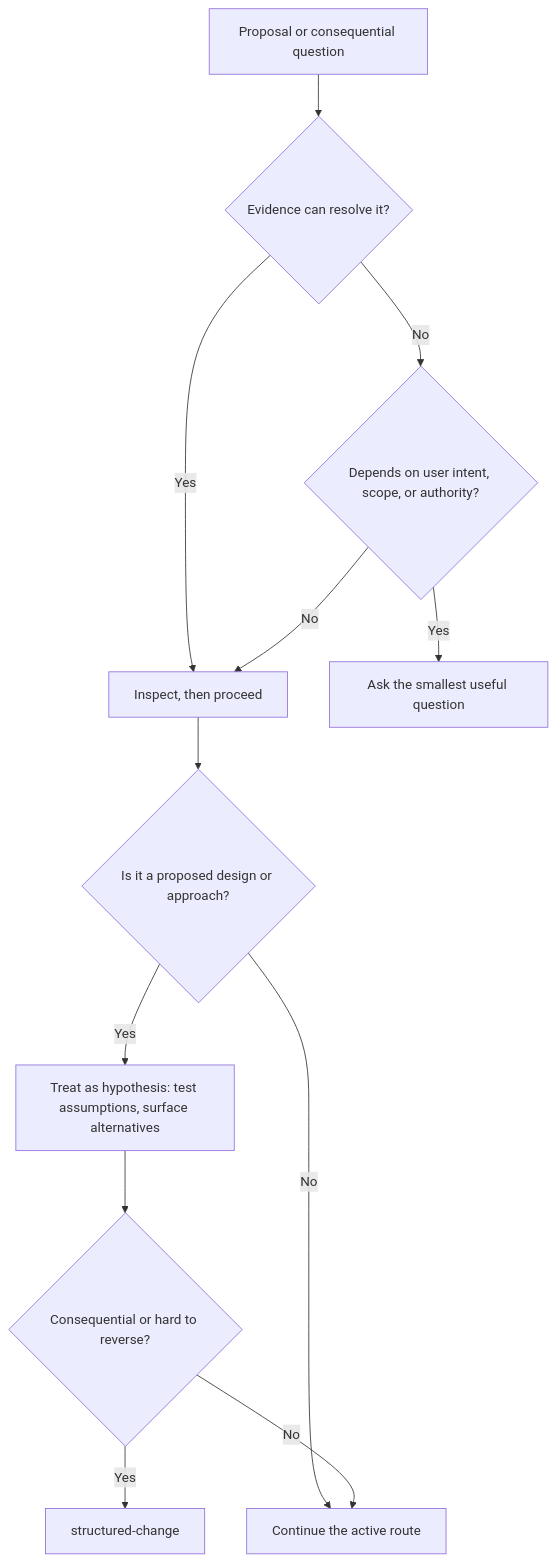
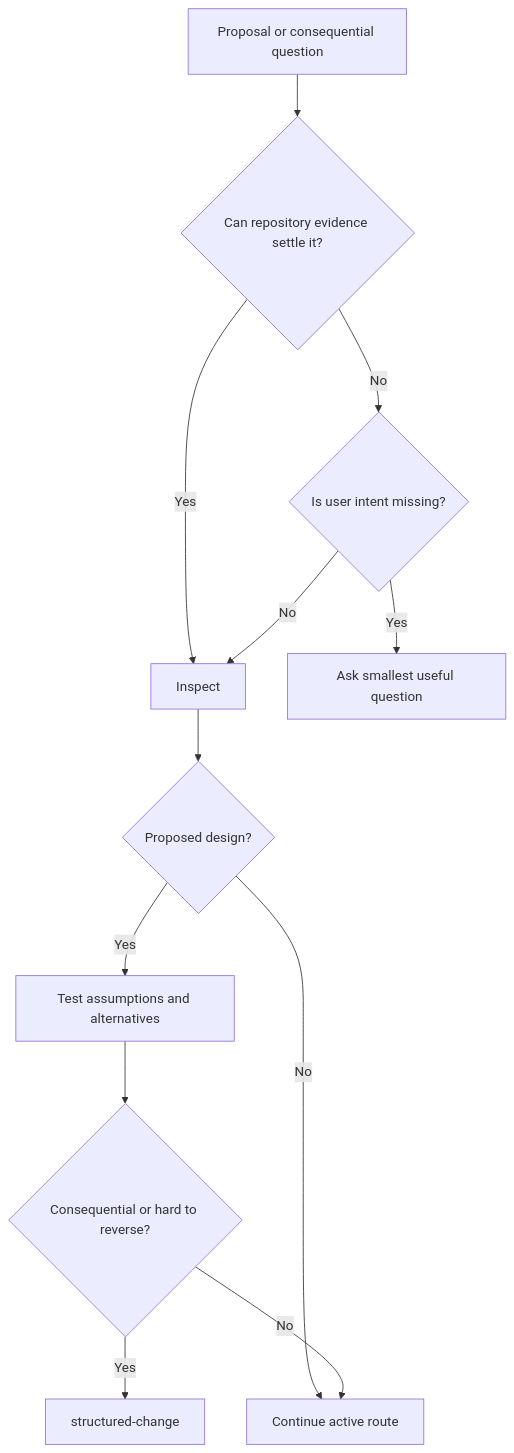
One commit to legrab/codebase-learning-flow changed the third of 3 diagrams in sample/common/agentic-flow/README.md. Above: the diagram before and after it, drawn with Mermaid. The commit also changed other lines of this file and 10 other files, not shown here.

Commit message:
chore: humanize agentic documentation with details and flowcharts

````diff
--- a/sample/common/agentic-flow/README.md
+++ b/sample/common/agentic-flow/README.md
@@ -36,14 +36,14 @@
 ```mermaid
 flowchart TD
-    Q[Proposal or consequential question] --> E{Evidence can resolve it?}
-    E -->|Yes| I[Inspect, then proceed]
-    E -->|No| U{Depends on user intent, scope, or authority?}
-    U -->|Yes| A[Ask the smallest useful question]
+    Q[Proposal or consequential question] --> E{Can repository evidence settle it?}
+    E -->|Yes| I[Inspect]
+    E -->|No| U{Is user intent missing?}
+    U -->|Yes| A[Ask smallest useful question]
     U -->|No| I
-    I --> D{Is it a proposed design or approach?}
-    D -->|Yes| H[Treat as hypothesis: test assumptions, surface alternatives]
-    D -->|No| Act[Continue the active route]
+    I --> D{Proposed design?}
+    D -->|Yes| H[Test assumptions and alternatives]
+    D -->|No| Act[Continue active route]
     H --> R{Consequential or hard to reverse?}
     R -->|Yes| SC[structured-change]
     R -->|No| Act
 ```
````
